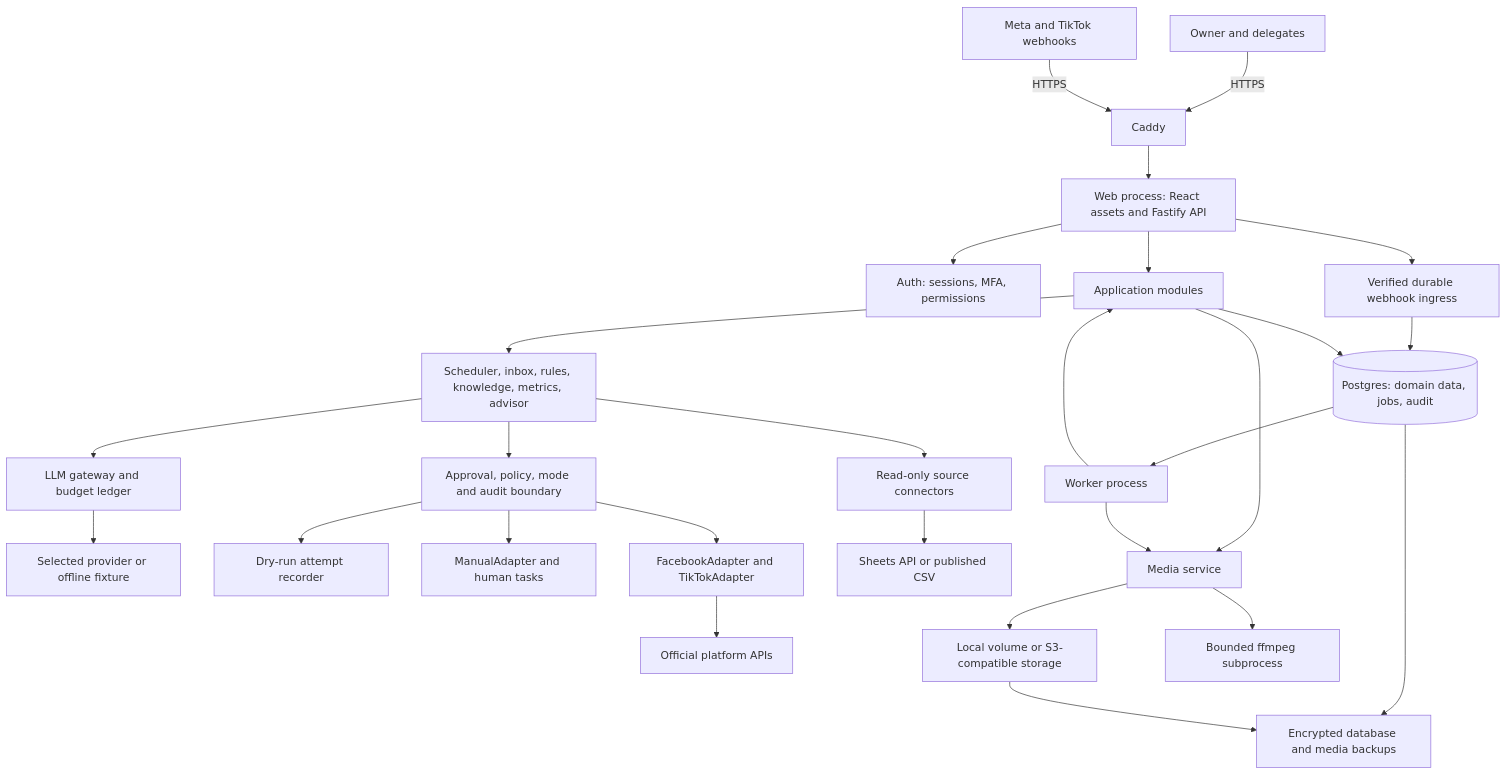
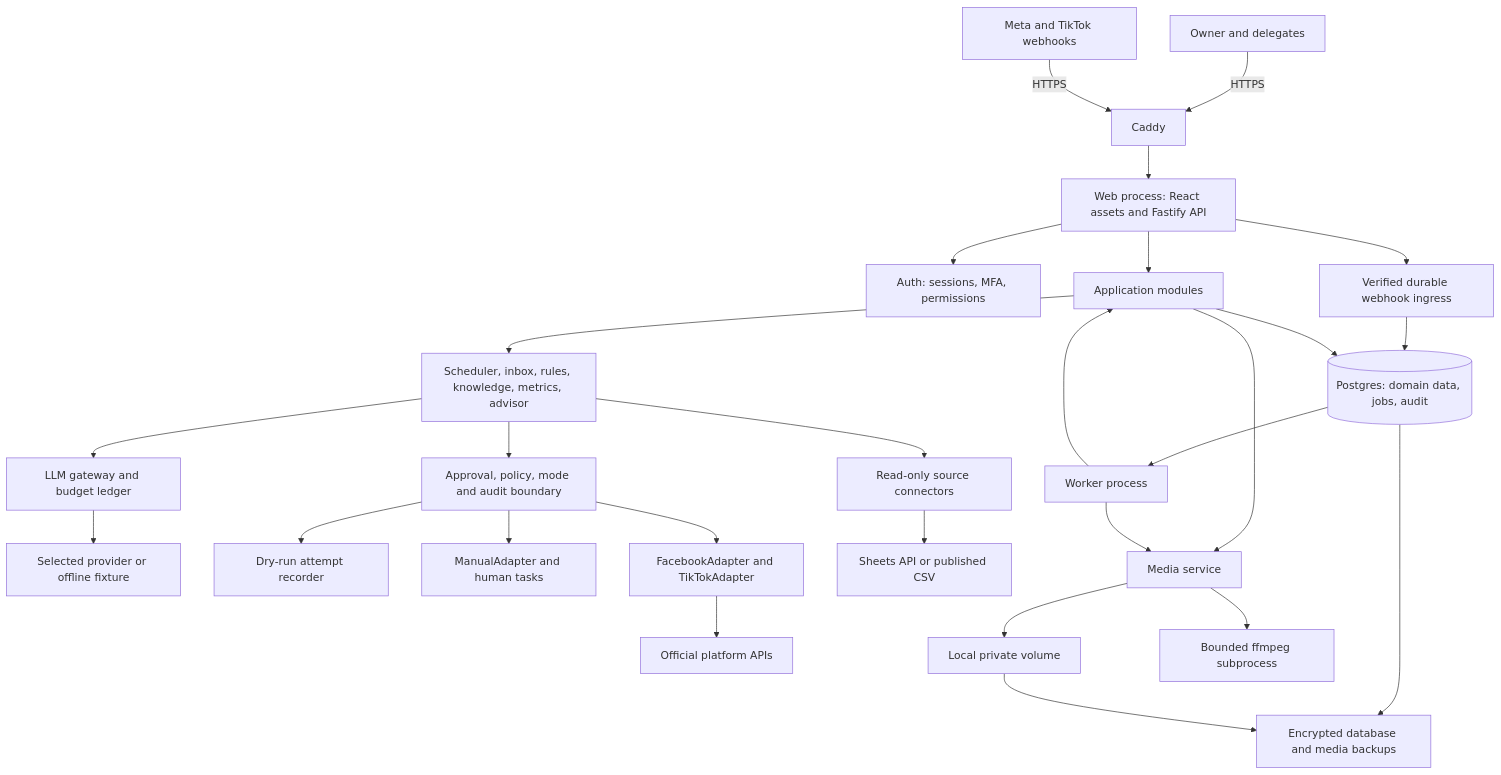
The diagram in docs/ARCHITECTURE.md (diophung/helpa), drawn with Mermaid before and after one commit. The commit also changed other lines of this file and 49 other files, not shown here.

````diff
--- a/docs/ARCHITECTURE.md
+++ b/docs/ARCHITECTURE.md
@@ -11,29 +11,29 @@
 ```mermaid
 flowchart TD
   Human[Owner and delegates] -->|HTTPS| Caddy[Caddy]
   Platforms[Meta and TikTok webhooks] -->|HTTPS| Caddy
   Caddy --> Web[Web process: React assets and Fastify API]
   Web --> Auth[Auth: sessions, MFA, permissions]
   Web --> Core[Application modules]
   Web --> Ingest[Verified durable webhook ingress]
   Ingest --> DB[(Postgres: domain data, jobs, audit)]
   Core --> DB
   DB --> Worker[Worker process]
   Worker --> Core
   Core --> Modules[Scheduler, inbox, rules, knowledge, metrics, advisor]
   Modules --> LLM[LLM gateway and budget ledger]
   LLM --> Provider[Selected provider or offline fixture]
   Modules --> Dispatch[Approval, policy, mode and audit boundary]
   Dispatch --> DryRun[Dry-run attempt recorder]
   Dispatch --> Manual[ManualAdapter and human tasks]
   Dispatch --> Adapters[FacebookAdapter and TikTokAdapter]
   Adapters --> External[Official platform APIs]
   Modules --> Knowledge[Read-only source connectors]
   Knowledge --> Sheets[Sheets API or published CSV]
   Core --> Media[Media service]
   Worker --> Media
-  Media --> Volume[Local volume or S3-compatible storage]
+  Media --> Volume[Local private volume]
   Media --> FFmpeg[Bounded ffmpeg subprocess]
   DB --> Backup[Encrypted database and media backups]
   Volume --> Backup
 ```
````
